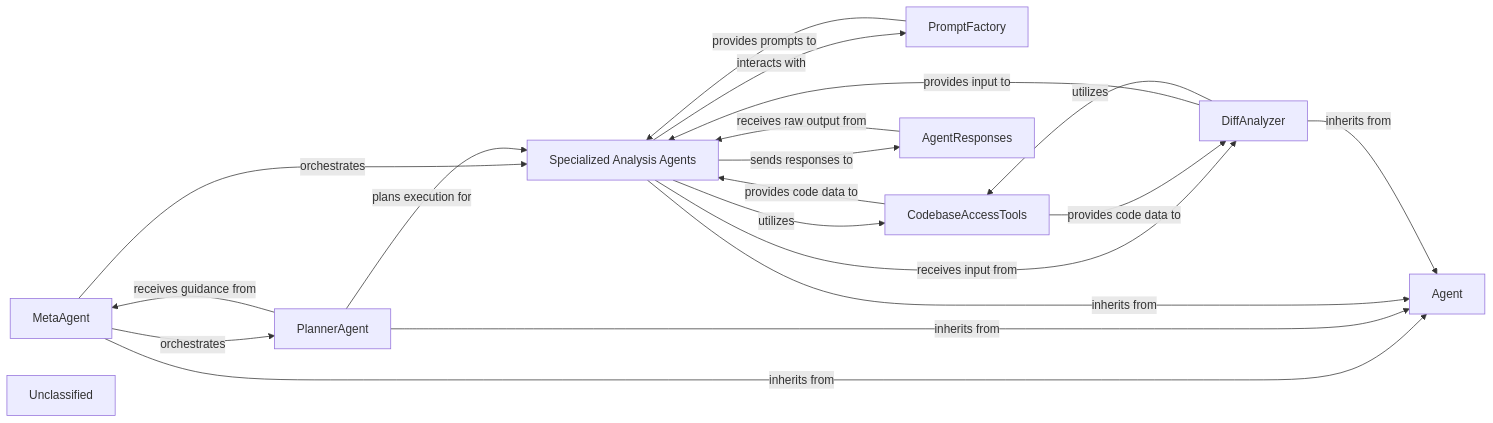
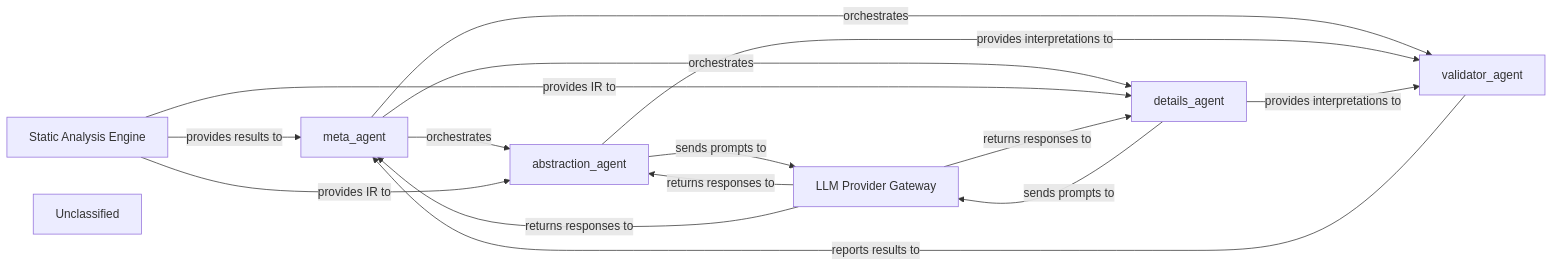
One commit to CodeBoarding/CodeBoarding changed the diagram in .codeboarding/AI_Interpretation_Layer.md. Above: the diagram before and after it, drawn with Mermaid. The commit also changed other lines of this file and 21 other files, not shown here.

First line of the commit message:
docs: update codeboarding documentation and generate architecture

````diff
--- a/.codeboarding/AI_Interpretation_Layer.md
+++ b/.codeboarding/AI_Interpretation_Layer.md
@@ -1,30 +1,25 @@
 ```mermaid
 graph LR
-    Agent["Agent"]
-    MetaAgent["MetaAgent"]
-    PlannerAgent["PlannerAgent"]
-    Specialized_Analysis_Agents["Specialized Analysis Agents"]
-    DiffAnalyzer["DiffAnalyzer"]
-    PromptFactory["PromptFactory"]
-    CodebaseAccessTools["CodebaseAccessTools"]
-    AgentResponses["AgentResponses"]
+    meta_agent["meta_agent"]
+    abstraction_agent["abstraction_agent"]
+    details_agent["details_agent"]
+    validator_agent["validator_agent"]
+    Static_Analysis_Engine["Static Analysis Engine"]
+    LLM_Provider_Gateway["LLM Provider Gateway"]
     Unclassified["Unclassified"]
-    MetaAgent -- "orchestrates" --> PlannerAgent
-    MetaAgent -- "orchestrates" --> Specialized_Analysis_Agents
-    PlannerAgent -- "plans execution for" --> Specialized_Analysis_Agents
-    PlannerAgent -- "receives guidance from" --> MetaAgent
-    Specialized_Analysis_Agents -- "utilizes" --> CodebaseAccessTools
-    Specialized_Analysis_Agents -- "interacts with" --> PromptFactory
-    Specialized_Analysis_Agents -- "sends responses to" --> AgentResponses
-    Specialized_Analysis_Agents -- "receives input from" --> DiffAnalyzer
-    DiffAnalyzer -- "provides input to" --> Specialized_Analysis_Agents
-    DiffAnalyzer -- "utilizes" --> CodebaseAccessTools
-    PromptFactory -- "provides prompts to" --> Specialized_Analysis_Agents
-    CodebaseAccessTools -- "provides code data to" --> Specialized_Analysis_Agents
-    CodebaseAccessTools -- "provides code data to" --> DiffAnalyzer
-    AgentResponses -- "receives raw output from" --> Specialized_Analysis_Agents
-    MetaAgent -- "inherits from" --> Agent
-    PlannerAgent -- "inherits from" --> Agent
-    Specialized_Analysis_Agents -- "inherits from" --> Agent
-    DiffAnalyzer -- "inherits from" --> Agent
+    meta_agent -- "orchestrates" --> abstraction_agent
+    meta_agent -- "orchestrates" --> details_agent
+    meta_agent -- "orchestrates" --> validator_agent
+    Static_Analysis_Engine -- "provides results to" --> meta_agent
+    Static_Analysis_Engine -- "provides IR to" --> abstraction_agent
+    abstraction_agent -- "sends prompts to" --> LLM_Provider_Gateway
+    abstraction_agent -- "provides interpretations to" --> validator_agent
+    Static_Analysis_Engine -- "provides IR to" --> details_agent
+    details_agent -- "sends prompts to" --> LLM_Provider_Gateway
+    details_agent -- "provides interpretations to" --> validator_agent
+    validator_agent -- "reports results to" --> meta_agent
+    LLM_Provider_Gateway -- "returns responses to" --> abstraction_agent
+    LLM_Provider_Gateway -- "returns responses to" --> details_agent
+    LLM_Provider_Gateway -- "returns responses to" --> meta_agent
+    click Static_Analysis_Engine href "https://github.com/CodeBoarding/CodeBoarding/blob/main/.codeboarding/Static_Analysis_Engine.md" "Details"
 ```
````
